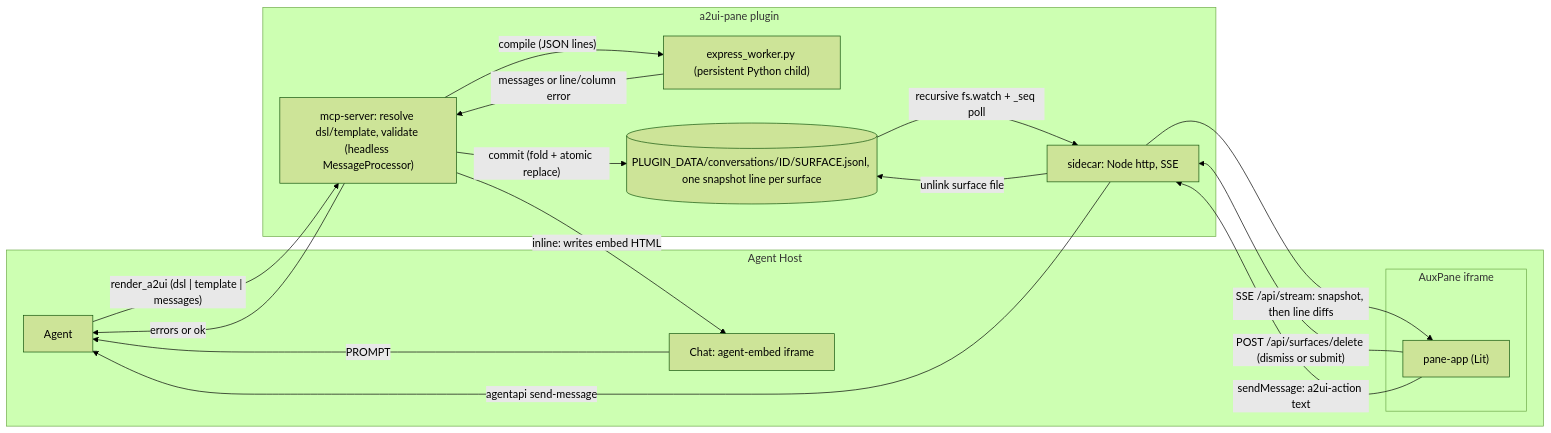
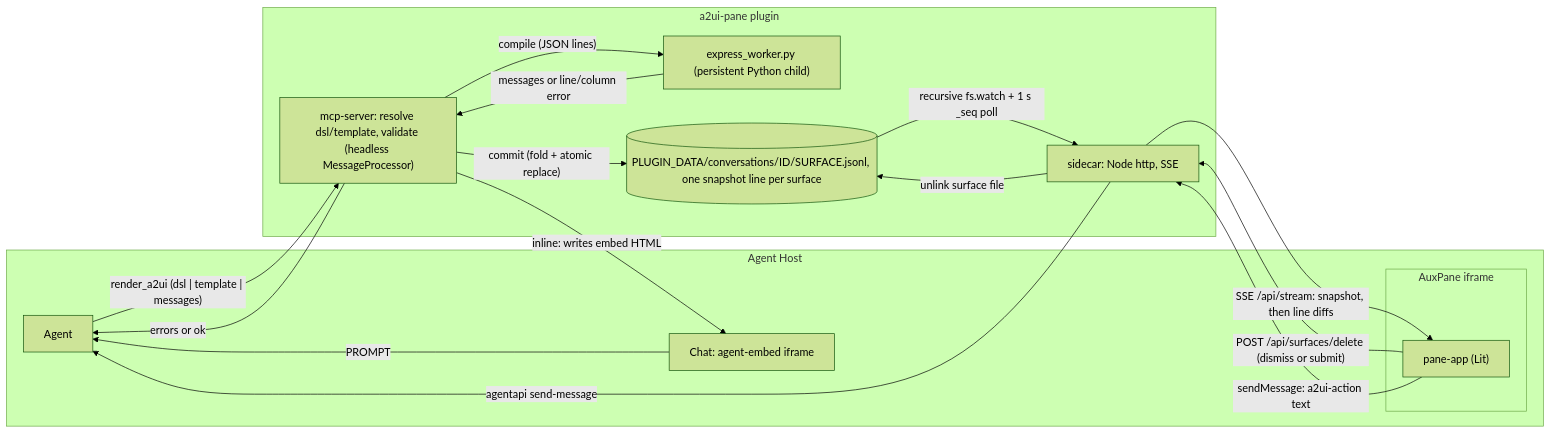
The first of 2 diagrams in docs/design.md (gspencergoog/a2ui-pane), drawn with Mermaid (forest theme) before and after one commit. The commit also changed other lines of this file and 1 other file, not shown here.

Commit message:
docs(design): describe the _seq poll backstop and one-shot button rules

````diff
--- a/docs/design.md
+++ b/docs/design.md
@@ -41,29 +41,29 @@
 ```mermaid
 flowchart LR
     subgraph Host["Agent Host"]
       Agent[Agent]
       Chat["Chat: agent-embed iframe"]
       subgraph Pane["AuxPane iframe"]
         App["pane-app (Lit)"]
       end
     end
     subgraph Repo["a2ui-pane plugin"]
       MCP["mcp-server: resolve dsl/template, validate (headless MessageProcessor)"]
       W["express_worker.py (persistent Python child)"]
       Store[("PLUGIN_DATA/conversations/ID/SURFACE.jsonl, one snapshot line per surface")]
       Side["sidecar: Node http, SSE"]
     end
     Agent -->|"render_a2ui (dsl | template | messages)"| MCP
     MCP -->|"compile (JSON lines)"| W
     W -->|"messages or line/column error"| MCP
     MCP -->|"errors or ok"| Agent
     MCP -->|"commit (fold + atomic replace)"| Store
-    Store -->|"recursive fs.watch + _seq poll"| Side
+    Store -->|"recursive fs.watch + 1 s _seq poll"| Side
     Side -->|"SSE /api/stream: snapshot, then line diffs"| App
     App -->|"POST /api/surfaces/delete (dismiss or submit)"| Side
     Side -->|"unlink surface file"| Store
     App -->|"sendMessage: a2ui-action text"| Side
     Side -->|"agentapi send-message"| Agent
     MCP -->|"inline: writes embed HTML"| Chat
     Chat -->|"PROMPT"| Agent
 ```
````
